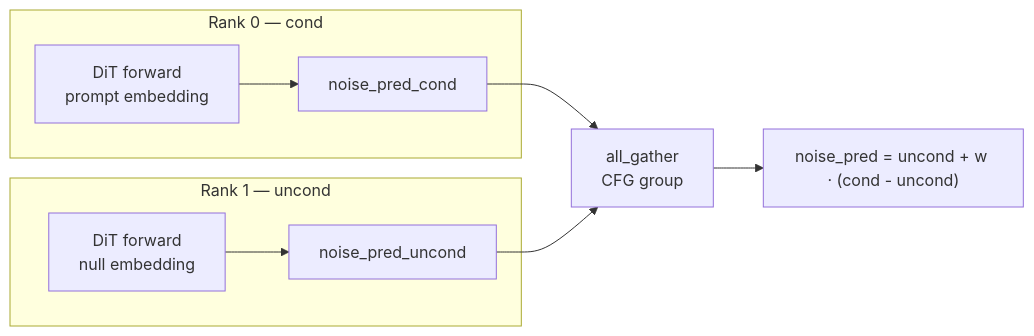
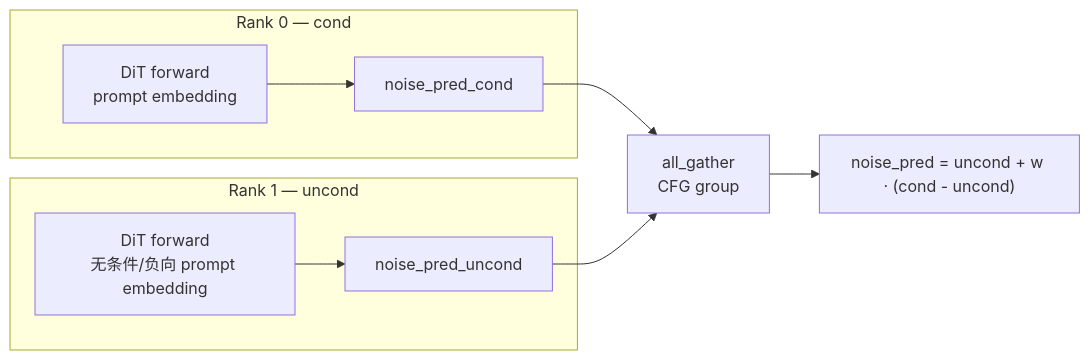
The diagram in knowledge/model/inference/concepts/parallelism/cfg_parallel.md (Atlas-Ascend-Fork/cannbot-knowledge), drawn with Mermaid before and after one commit. The commit also changed other lines of this file and 441 other files, not shown here.

````diff
--- a/knowledge/model/inference/concepts/parallelism/cfg_parallel.md
+++ b/knowledge/model/inference/concepts/parallelism/cfg_parallel.md
@@ -53,12 +57,12 @@
 ```mermaid
 flowchart LR
  subgraph Rank0[Rank 0 — cond]
  A0[DiT forward<br/>prompt embedding] --> B0[noise_pred_cond]
  end
  subgraph Rank1[Rank 1 — uncond]
- A1[DiT forward<br/>null embedding] --> B1[noise_pred_uncond]
+ A1[DiT forward<br/>无条件/负向 prompt embedding] --> B1[noise_pred_uncond]
  end
  B0 --> AG[all_gather<br/>CFG group]
  B1 --> AG
  AG --> Mix["noise_pred = uncond + w · (cond - uncond)"]
 ```
````
